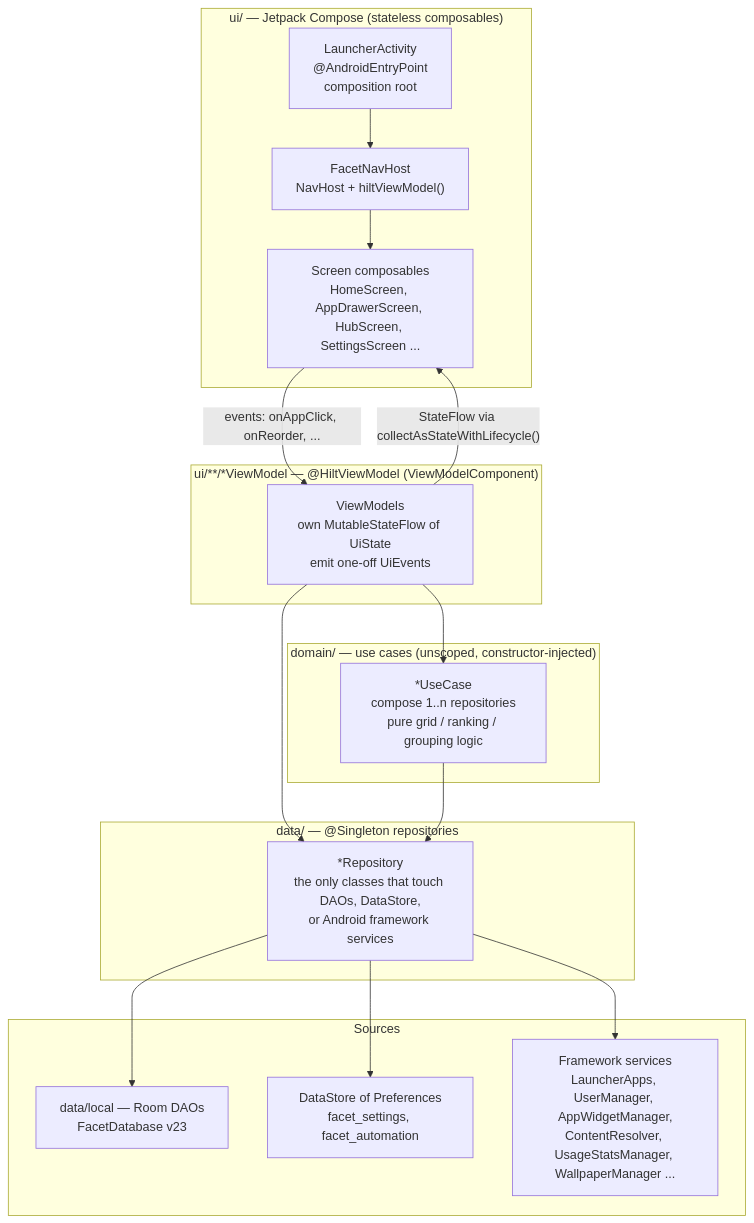
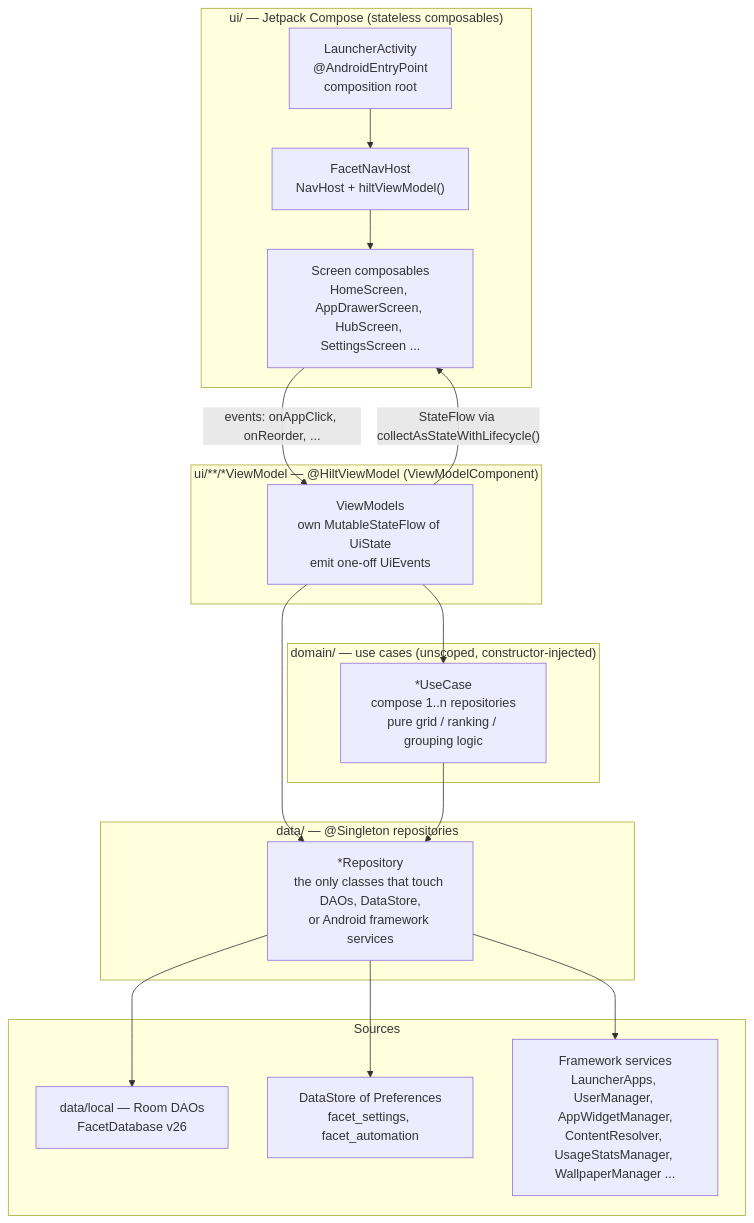
Before and after one commit to rohitganjam/facet-launcher: the first of 3 diagrams in docs/architecture/01-architecture-and-layers.md, drawn with Mermaid. The commit also changed other lines of this file and 33 other files, not shown here.

````diff
--- a/docs/architecture/01-architecture-and-layers.md
+++ b/docs/architecture/01-architecture-and-layers.md
@@ -8,36 +8,36 @@
 ```mermaid
 flowchart TB
     subgraph UI["ui/ — Jetpack Compose (stateless composables)"]
         ACT["LauncherActivity\n@AndroidEntryPoint\ncomposition root"]
         NAV["FacetNavHost\nNavHost + hiltViewModel()"]
         SCR["Screen composables\nHomeScreen, AppDrawerScreen, HubScreen, SettingsScreen ..."]
         ACT --> NAV --> SCR
     end
 
     subgraph VM["ui/**/*ViewModel — @HiltViewModel (ViewModelComponent)"]
         VMS["ViewModels\nown MutableStateFlow of UiState\nemit one-off UiEvents"]
     end
 
     subgraph DOM["domain/ — use cases (unscoped, constructor-injected)"]
         UC["*UseCase\ncompose 1..n repositories\npure grid / ranking / grouping logic"]
     end
 
     subgraph DATA["data/ — @Singleton repositories"]
         REPO["*Repository\nthe only classes that touch DAOs, DataStore,\nor Android framework services"]
     end
 
     subgraph SRC["Sources"]
-        DAO["data/local — Room DAOs\nFacetDatabase v23"]
+        DAO["data/local — Room DAOs\nFacetDatabase v26"]
         DS["DataStore of Preferences\nfacet_settings, facet_automation"]
         FW["Framework services\nLauncherApps, UserManager, AppWidgetManager,\nContentResolver, UsageStatsManager, WallpaperManager ..."]
     end
 
     SCR -- "events: onAppClick, onReorder, ..." --> VMS
     VMS -- "StateFlow via collectAsStateWithLifecycle()" --> SCR
     VMS --> UC
     VMS --> REPO
     UC --> REPO
     REPO --> DAO
     REPO --> DS
     REPO --> FW
 ```
````
